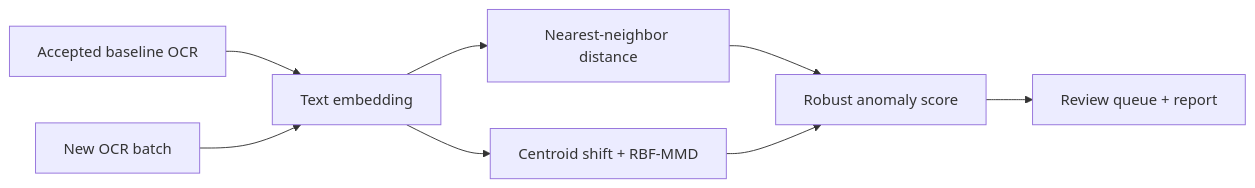
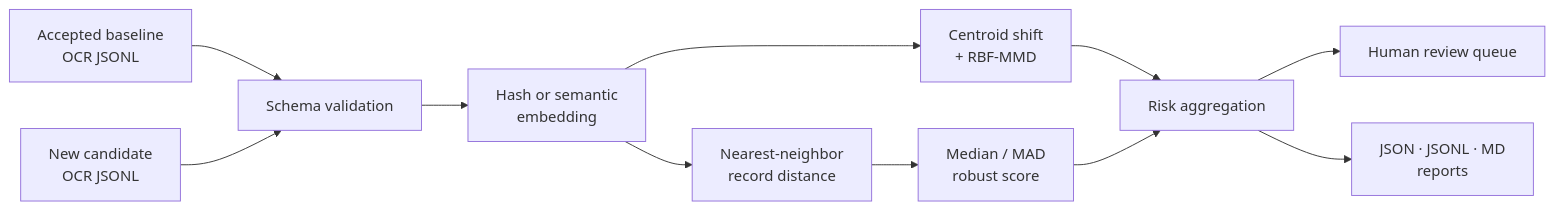
Before and after one commit to yoon-chan-hyeok/ocr-quality-monitoring: the diagram in README.md, drawn with Mermaid. The commit also changed other lines of this file, not shown here.

````diff
--- a/README.md
+++ b/README.md
@@ -31,10 +54,13 @@
 ```mermaid
 flowchart LR
-    A["Accepted baseline OCR"] --> E["Text embedding"]
-    B["New OCR batch"] --> E
-    E --> N["Nearest-neighbor distance"]
-    E --> C["Centroid shift + RBF-MMD"]
-    N --> R["Robust anomaly score"]
-    C --> R
-    R --> O["Review queue + report"]
+    A["Accepted baseline<br/>OCR JSONL"] --> V["Schema validation"]
+    B["New candidate<br/>OCR JSONL"] --> V
+    V --> E["Hash or semantic<br/>embedding"]
+    E --> N["Nearest-neighbor<br/>record distance"]
+    E --> G["Centroid shift<br/>+ RBF-MMD"]
+    N --> Z["Median / MAD<br/>robust score"]
+    G --> R["Risk aggregation"]
+    Z --> R
+    R --> Q["Human review queue"]
+    R --> P["JSON · JSONL · MD<br/>reports"]
 ```
````
